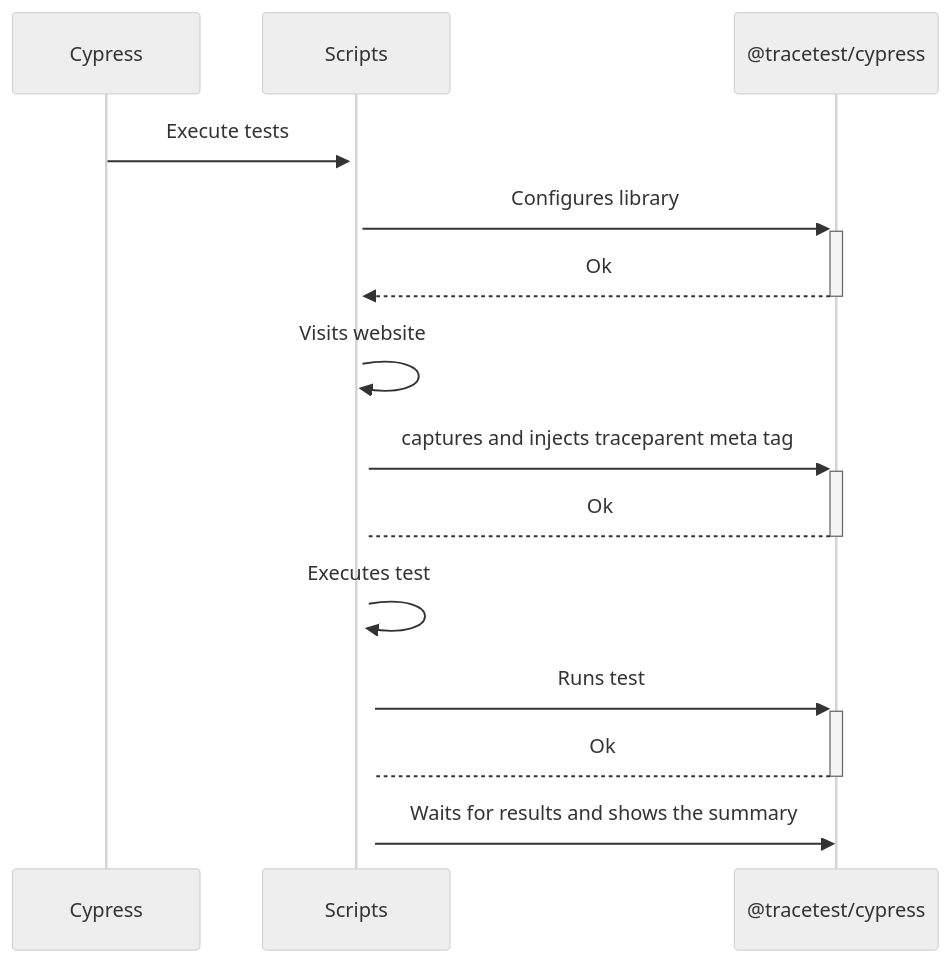
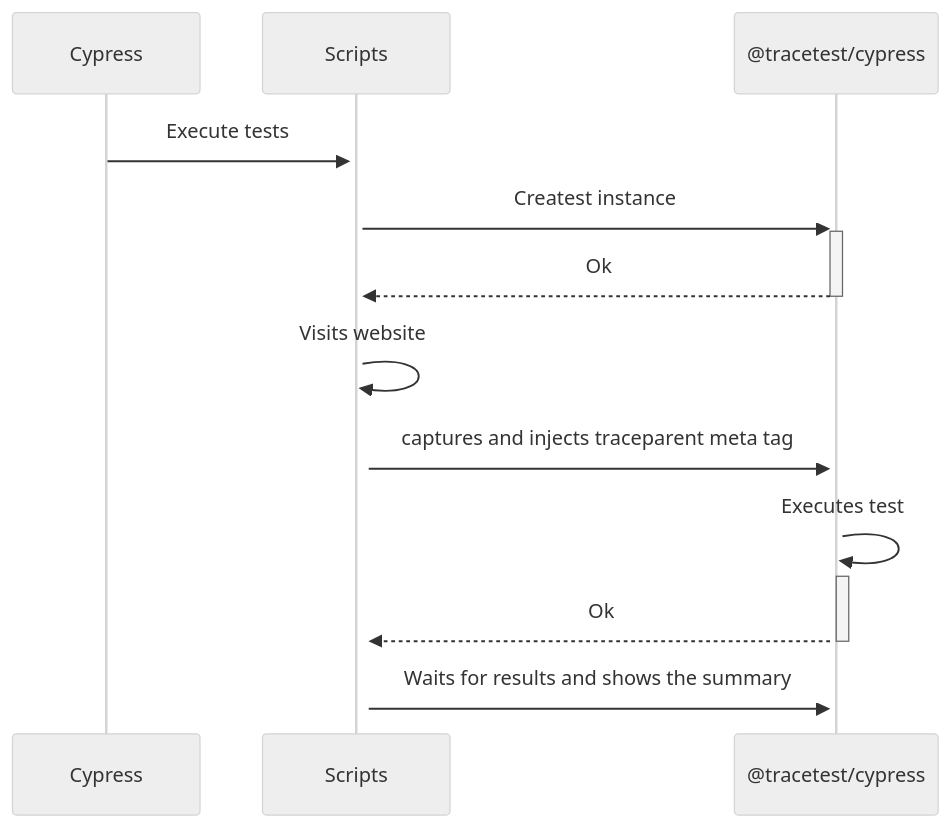
Before and after one commit to kubeshop/tracetest: the diagram in docs/docs/tools-and-integrations/cypress.mdx, drawn with Mermaid (neutral theme). The commit also changed other lines of this file and 1 other file, not shown here.

````diff
--- a/docs/docs/tools-and-integrations/cypress.mdx
+++ b/docs/docs/tools-and-integrations/cypress.mdx
@@ -30,13 +30,11 @@
 ```mermaid
 sequenceDiagram
   Cypress->>+Scripts: Execute tests
-  Scripts->>+@tracetest/cypress: Configures library
+  Scripts->>+@tracetest/cypress: Createst instance
   @tracetest/cypress-->>-Scripts: Ok
   Scripts->>+Scripts: Visits website
   Scripts->>+@tracetest/cypress: captures and injects traceparent meta tag
-  @tracetest/cypress-->-Scripts: Ok
-  Scripts->>+Scripts: Executes test
-  Scripts->>+@tracetest/cypress: Runs test
-  @tracetest/cypress-->-Scripts: Ok
+  @tracetest/cypress->>+@tracetest/cypress: Executes test
+  @tracetest/cypress-->>-Scripts: Ok
   Scripts->>@tracetest/cypress: Waits for results and shows the summary
 ```
````
